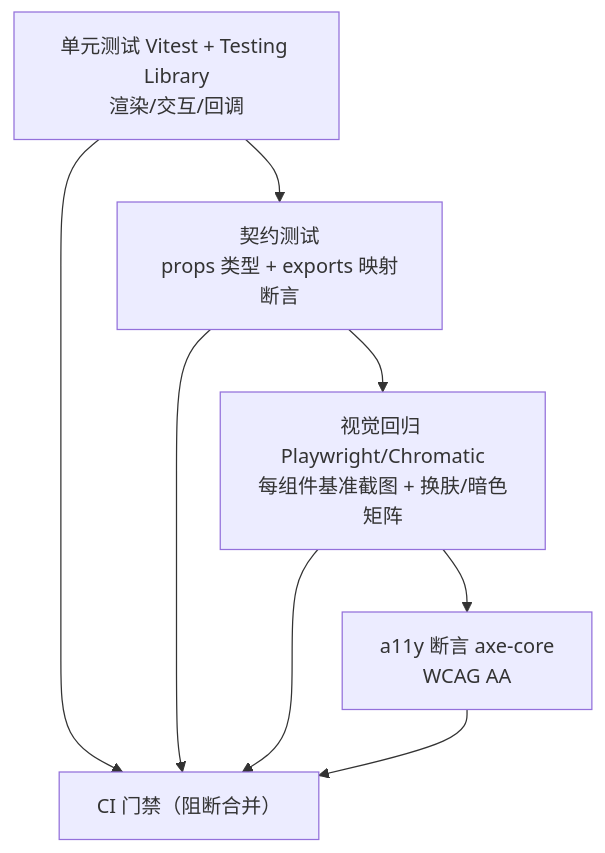
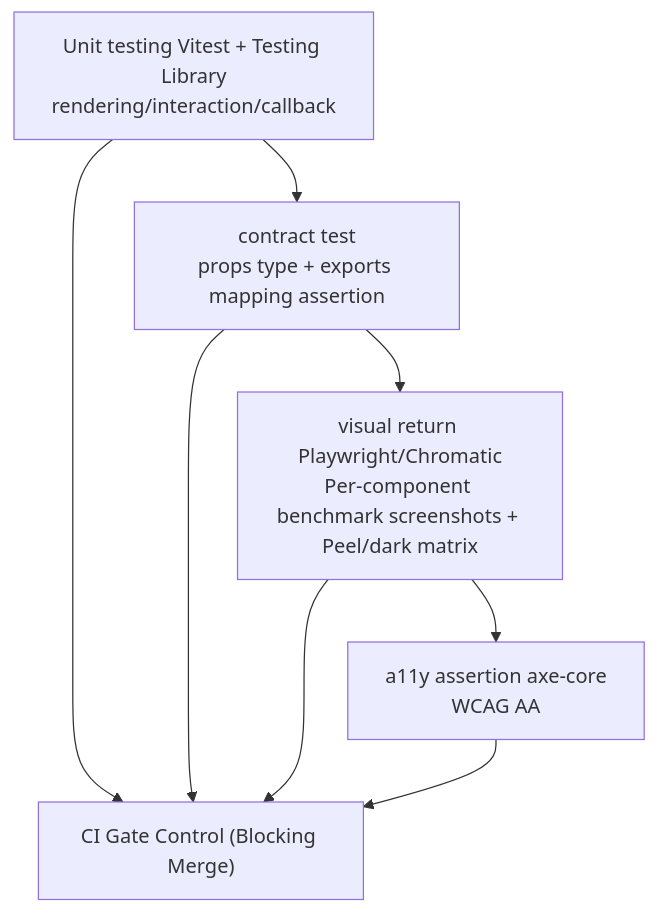
Before and after one commit to open-strata-ai/ai-ui-kit: the sixth of 6 diagrams in design/DESIGN.md, drawn with Mermaid. The commit also changed other lines of this file and 13 other files, not shown here.

````diff
--- a/design/DESIGN.md
+++ b/design/DESIGN.md
@@ -427,7 +427,7 @@
 ```mermaid
 graph TD
-    U[单元测试 Vitest + Testing Library<br/>渲染/交互/回调] --> C[契约测试<br/>props 类型 + exports 映射断言]
-    C --> V[视觉回归 Playwright/Chromatic<br/>每组件基准截图 + 换肤/暗色矩阵]
-    V --> A[a11y 断言 axe-core<br/>WCAG AA]
-    U & C & V & A --> GATE["CI 门禁（阻断合并）"]
+    U[Unit testing Vitest + Testing Library<br/>rendering/interaction/callback] --> C[contract test<br/>props type + exports mapping assertion]
+    C --> V[visual return Playwright/Chromatic<br/>Per-component benchmark screenshots + Peel/dark matrix]
+    V --> A[a11y assertion axe-core<br/>WCAG AA]
+    U & C & V & A --> GATE["CI Gate Control (Blocking Merge)"]
 ```
````
